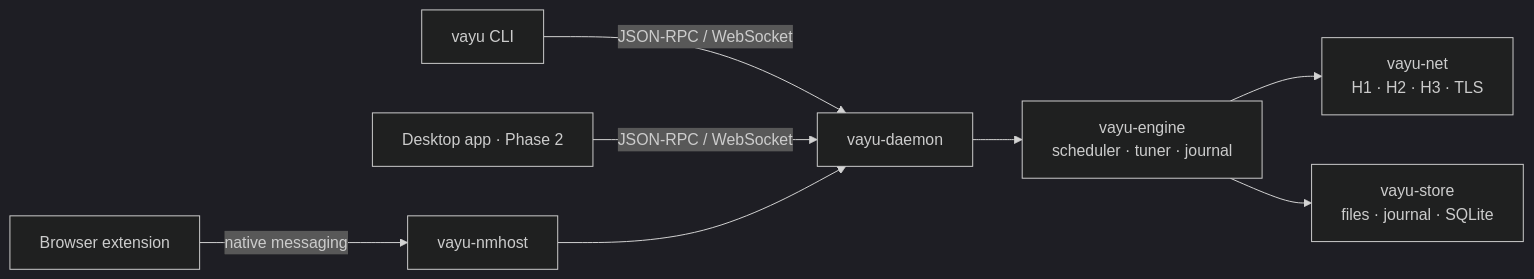
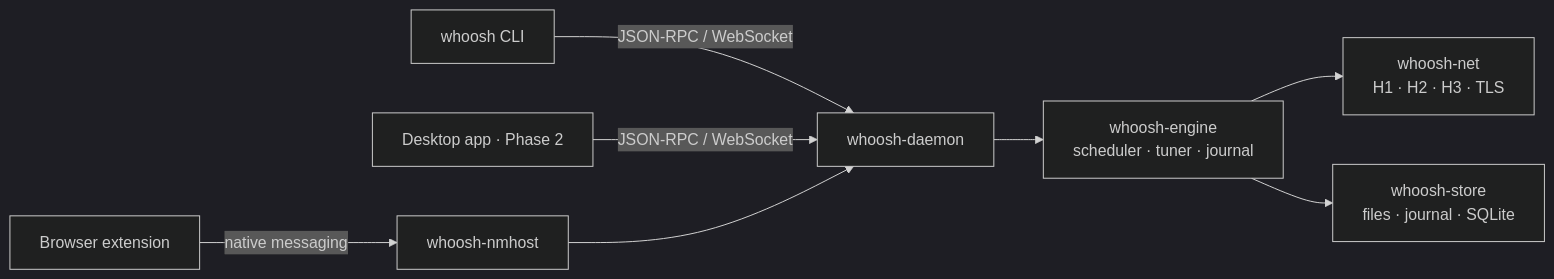
One commit to coderzonebd/whoosh-download-manager changed the diagram in README.md. Above: the diagram before and after it, drawn with Mermaid (dark theme). The commit also changed other lines of this file and 256 other files, not shown here.

````diff
--- a/README.md
+++ b/README.md
@@ -85,10 +85,10 @@
 ```mermaid
 flowchart LR
-  ext[Browser extension] -- native messaging --> nm[vayu-nmhost]
-  cli[vayu CLI] -- JSON-RPC / WebSocket --> d
+  ext[Browser extension] -- native messaging --> nm[whoosh-nmhost]
+  cli[whoosh CLI] -- JSON-RPC / WebSocket --> d
   ui[Desktop app · Phase 2] -- JSON-RPC / WebSocket --> d
-  nm --> d[vayu-daemon]
-  d --> e[vayu-engine<br/>scheduler · tuner · journal]
-  e --> n[vayu-net<br/>H1 · H2 · H3 · TLS]
-  e --> s[vayu-store<br/>files · journal · SQLite]
+  nm --> d[whoosh-daemon]
+  d --> e[whoosh-engine<br/>scheduler · tuner · journal]
+  e --> n[whoosh-net<br/>H1 · H2 · H3 · TLS]
+  e --> s[whoosh-store<br/>files · journal · SQLite]
 ```
````
